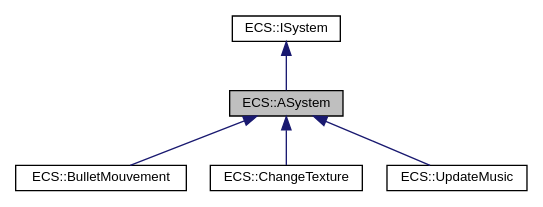
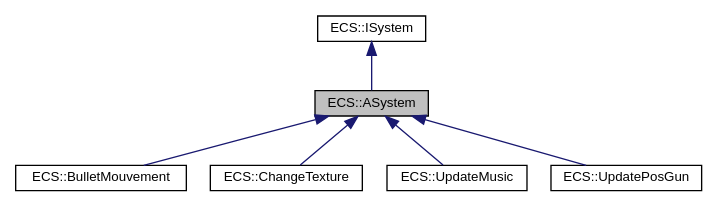
The diagram in classECS_1_1ASystem__inherit__graph.dot (TerryMazzoni/RTypeMirror), drawn with Graphviz before and after one commit. The commit also changed 85 other files, not shown here.

```diff
--- a/classECS_1_1ASystem__inherit__graph.dot
+++ b/classECS_1_1ASystem__inherit__graph.dot
@@ -1,15 +1,17 @@
 digraph "ECS::ASystem"
 {
  // LATEX_PDF_SIZE
   edge [fontname="Helvetica",fontsize="10",labelfontname="Helvetica",labelfontsize="10"];
   node [fontname="Helvetica",fontsize="10",shape=record];
   Node1 [label="ECS::ASystem",height=0.2,width=0.4,color="black", fillcolor="grey75", style="filled", fontcolor="black",tooltip=" "];
   Node2 -> Node1 [dir="back",color="midnightblue",fontsize="10",style="solid",fontname="Helvetica"];
   Node2 [label="ECS::ISystem",height=0.2,width=0.4,color="black", fillcolor="white", style="filled",URL="$classECS_1_1ISystem.html",tooltip=" "];
   Node1 -> Node3 [dir="back",color="midnightblue",fontsize="10",style="solid",fontname="Helvetica"];
   Node3 [label="ECS::BulletMouvement",height=0.2,width=0.4,color="black", fillcolor="white", style="filled",URL="$classECS_1_1BulletMouvement.html",tooltip=" "];
   Node1 -> Node4 [dir="back",color="midnightblue",fontsize="10",style="solid",fontname="Helvetica"];
   Node4 [label="ECS::ChangeTexture",height=0.2,width=0.4,color="black", fillcolor="white", style="filled",URL="$classECS_1_1ChangeTexture.html",tooltip=" "];
   Node1 -> Node5 [dir="back",color="midnightblue",fontsize="10",style="solid",fontname="Helvetica"];
   Node5 [label="ECS::UpdateMusic",height=0.2,width=0.4,color="black", fillcolor="white", style="filled",URL="$classECS_1_1UpdateMusic.html",tooltip=" "];
+  Node1 -> Node6 [dir="back",color="midnightblue",fontsize="10",style="solid",fontname="Helvetica"];
+  Node6 [label="ECS::UpdatePosGun",height=0.2,width=0.4,color="black", fillcolor="white", style="filled",URL="$classECS_1_1UpdatePosGun.html",tooltip=" "];
 }
```
